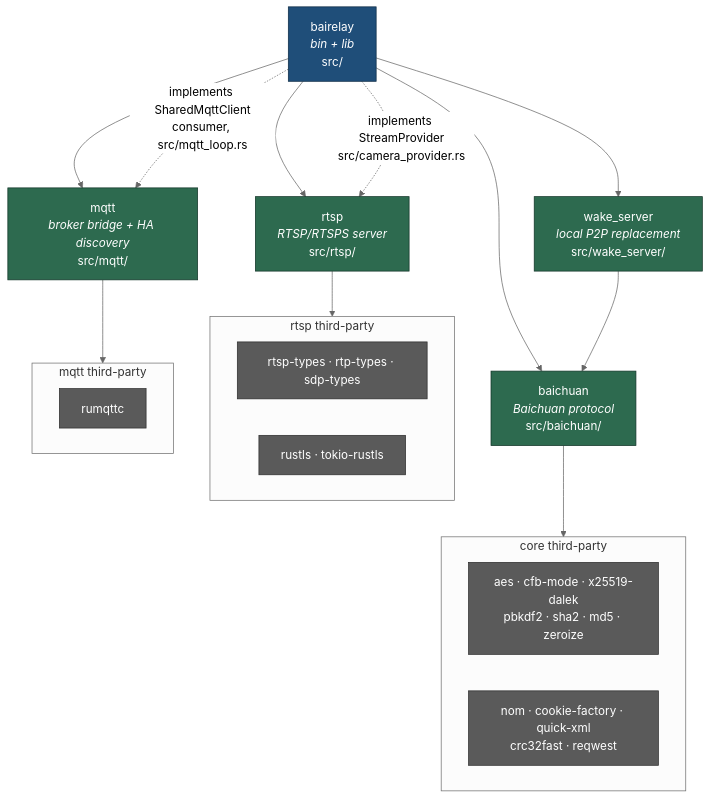
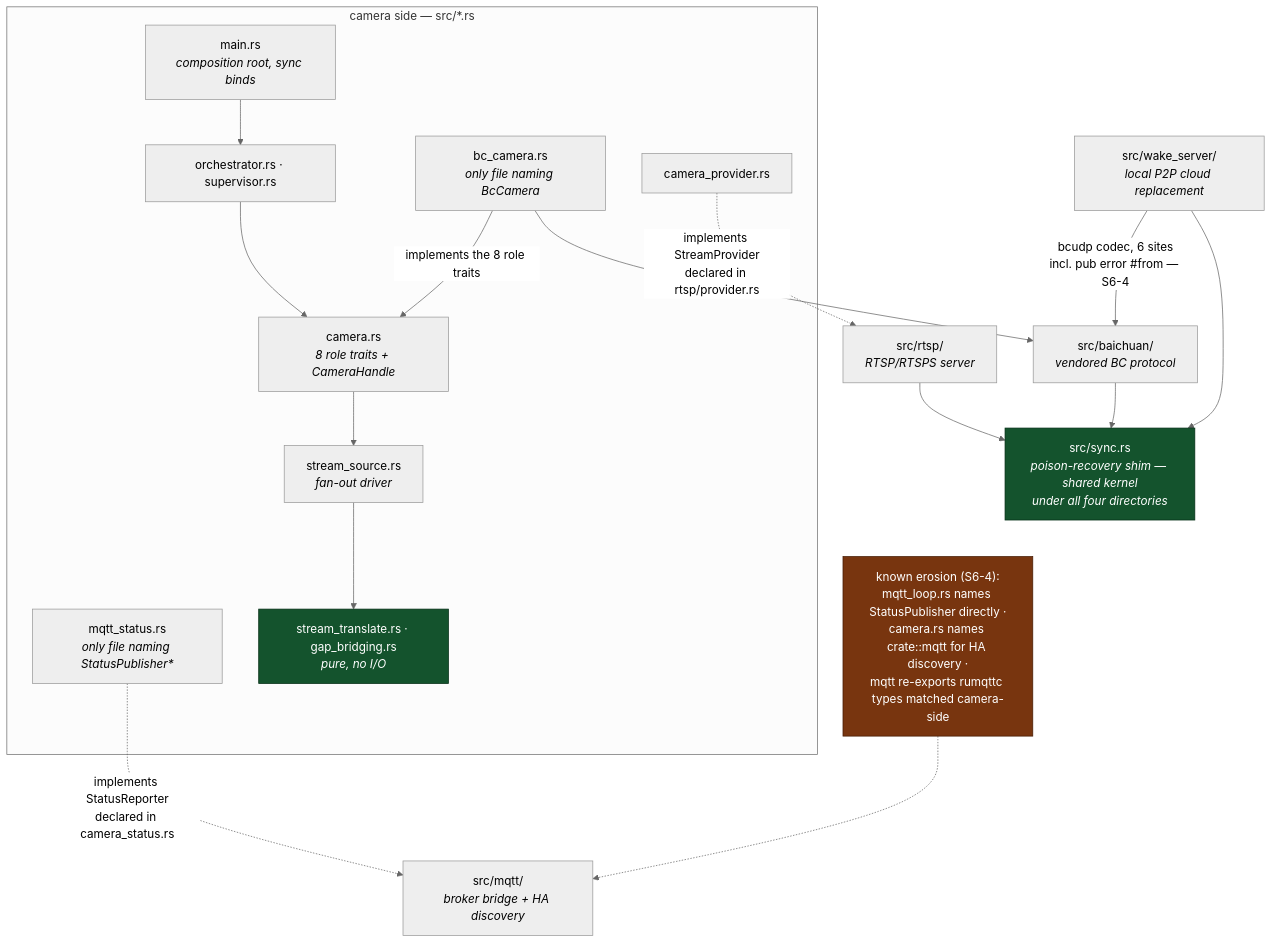
The first of 14 diagrams in docs/code-paths.md (hsoj/bairelay), drawn with Mermaid (neutral theme) before and after one commit. The commit also changed other lines of this file and 7 other files, not shown here.

````diff
--- a/docs/code-paths.md
+++ b/docs/code-paths.md
@@ -18,45 +18,38 @@
 ```mermaid
 graph TD
-    BIN["bairelay<br/><i>bin + lib</i><br/>src/"]
-
-    CORE["baichuan<br/><i>Baichuan protocol</i><br/>src/baichuan/"]
-    RTSP["rtsp<br/><i>RTSP/RTSPS server</i><br/>src/rtsp/"]
-    MQTT["mqtt<br/><i>broker bridge + HA discovery</i><br/>src/mqtt/"]
-    WAKE["wake_server<br/><i>local P2P replacement</i><br/>src/wake_server/"]
-
-    BIN --> CORE
-    BIN --> RTSP
-    BIN --> MQTT
-    BIN --> WAKE
-    WAKE --> CORE
-
-    BIN -.->|"implements StreamProvider<br/>src/camera_provider.rs"| RTSP
-    BIN -.->|"implements SharedMqttClient<br/>consumer, src/mqtt_loop.rs"| MQTT
-
-    subgraph ext_core ["core third-party"]
-        direction LR
-        E1["aes · cfb-mode · x25519-dalek<br/>pbkdf2 · sha2 · md5 · zeroize"]
-        E2["nom · cookie-factory · quick-xml<br/>crc32fast · reqwest"]
+    subgraph CAMSIDE ["camera side — src/*.rs"]
+        MAIN["main.rs<br/><i>composition root, sync binds</i>"]
+        ORCH["orchestrator.rs · supervisor.rs"]
+        CH["camera.rs<br/><i>8 role traits + CameraHandle</i>"]
+        BCC["bc_camera.rs<br/><i>only file naming BcCamera</i>"]
+        MS["mqtt_status.rs<br/><i>only file naming StatusPublisher*</i>"]
+        CP["camera_provider.rs"]
+        SS["stream_source.rs<br/><i>fan-out driver</i>"]
+        PURE["stream_translate.rs · gap_bridging.rs<br/><i>pure, no I/O</i>"]
     end
 
-    subgraph ext_rtsp ["rtsp third-party"]
-        direction LR
-        E3["rtsp-types · rtp-types · sdp-types"]
-        E4["rustls · tokio-rustls"]
-    end
+    BAI["src/baichuan/<br/><i>vendored BC protocol</i>"]
+    RTSP["src/rtsp/<br/><i>RTSP/RTSPS server</i>"]
+    MQTT["src/mqtt/<br/><i>broker bridge + HA discovery</i>"]
+    WAKE["src/wake_server/<br/><i>local P2P cloud replacement</i>"]
+    SYNC["src/sync.rs<br/><i>poison-recovery shim — shared kernel<br/>under all four directories</i>"]
 
-    subgraph ext_mqtt ["mqtt third-party"]
-        E5["rumqttc"]
-    end
+    BCC -->|"implements the 8 role traits"| CH
+    BCC --> BAI
+    CP -.->|"implements StreamProvider<br/>declared in rtsp/provider.rs"| RTSP
+    MS -.->|"implements StatusReporter<br/>declared in camera_status.rs"| MQTT
+    MAIN --> ORCH --> CH
+    CH --> SS --> PURE
+    WAKE -->|"bcudp codec, 6 sites<br/>incl. pub error #from — S6-4"| BAI
+    RTSP --> SYNC
+    WAKE --> SYNC
+    BAI --> SYNC
 
-    CORE --> ext_core
-    RTSP --> ext_rtsp
-    MQTT --> ext_mqtt
+    EROSION["known erosion (S6-4):<br/>mqtt_loop.rs names StatusPublisher directly ·<br/>camera.rs names crate::mqtt for HA discovery ·<br/>mqtt re-exports rumqttc types matched camera-side"]
+    EROSION -.-> MQTT
 
-    classDef bin fill:#1f4e79,stroke:#0d2b45,color:#fff
-    classDef lib fill:#2d6a4f,stroke:#123528,color:#fff
-    classDef ext fill:#5a5a5a,stroke:#2e2e2e,color:#fff
-    class BIN bin
-    class CORE,RTSP,MQTT,WAKE lib
-    class E1,E2,E3,E4,E5 ext
+    classDef pure fill:#14532d,stroke:#052e16,color:#fff
+    classDef warn fill:#78350f,stroke:#451a03,color:#fff
+    class PURE,SYNC pure
+    class EROSION warn
 ```
````
